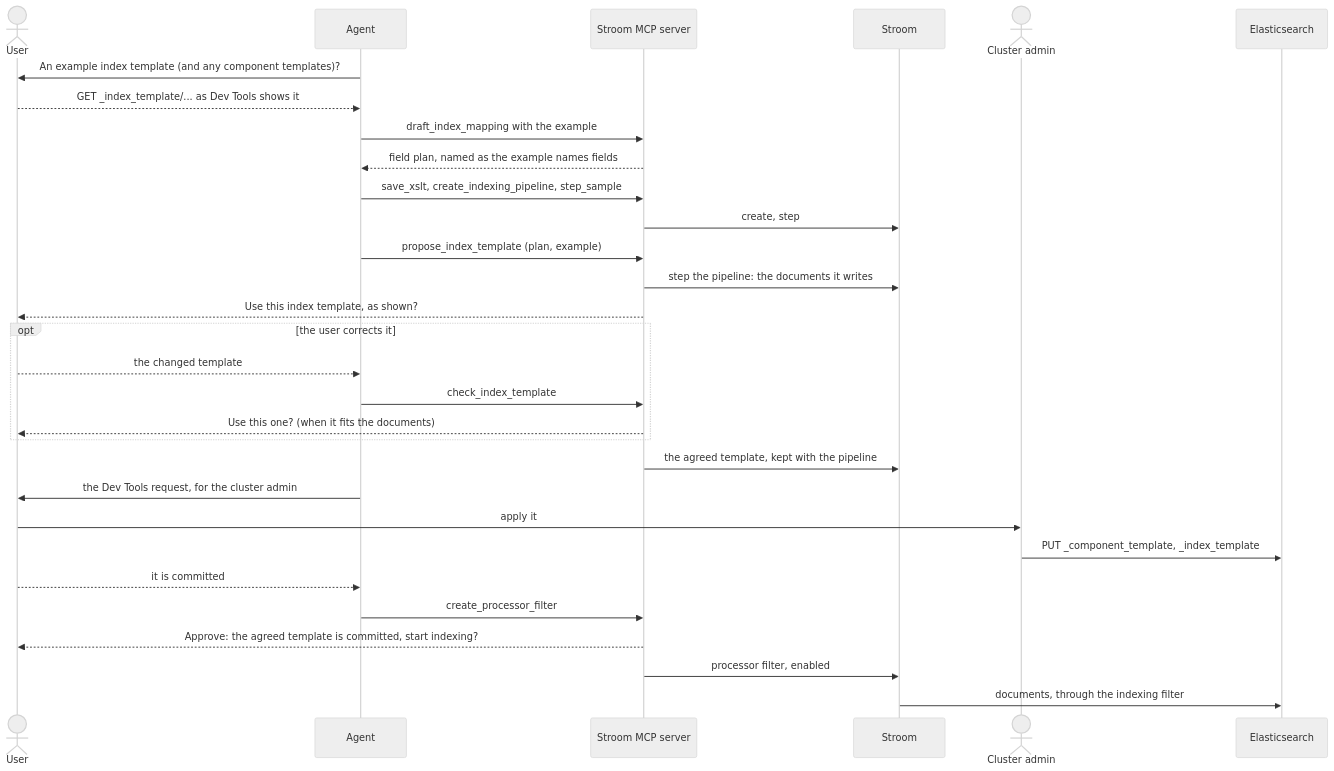
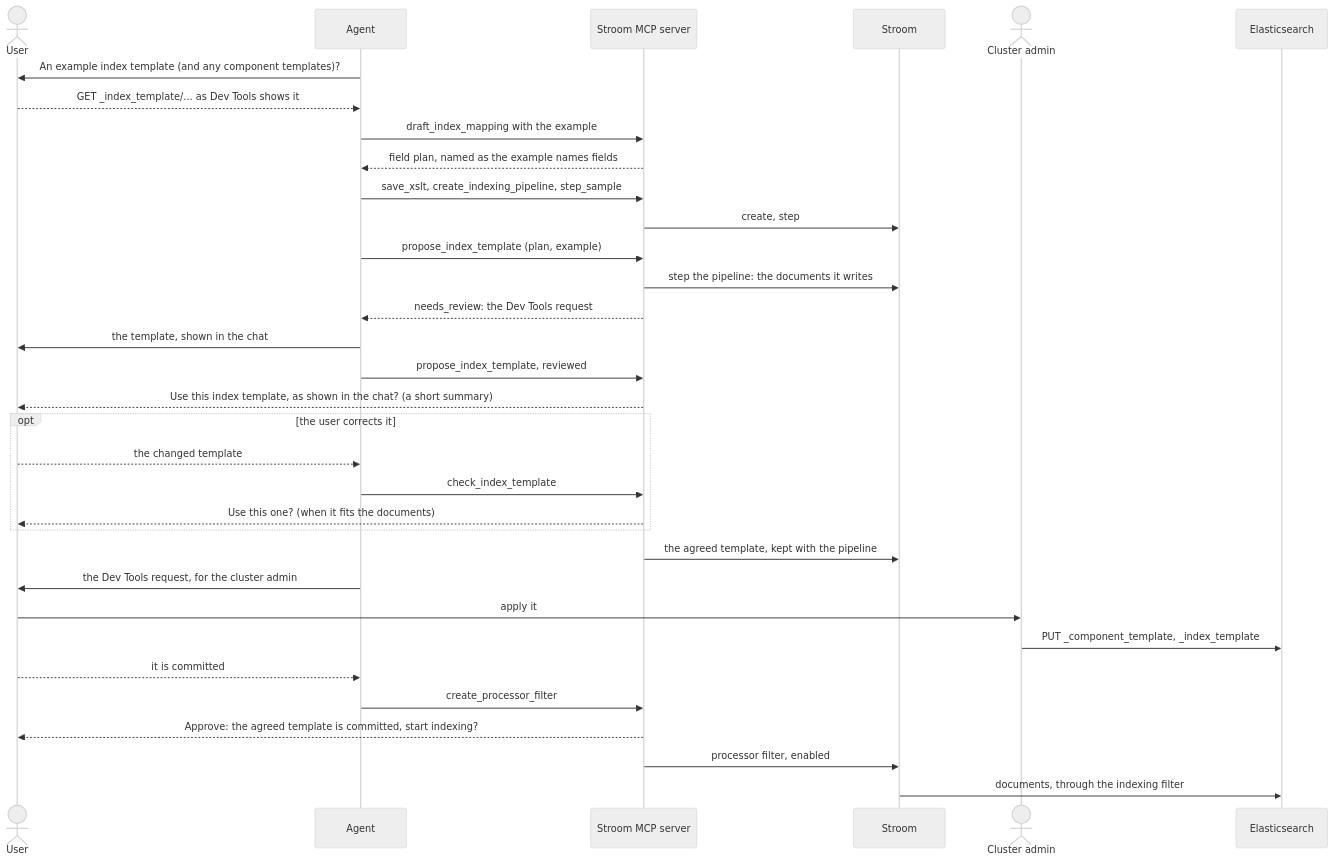
One commit to gradata-systems/stroom-fastmcp-server changed the third of 12 diagrams in docs/DESIGN.md. Above: the diagram before and after it, drawn with Mermaid (neutral theme). The commit also changed other lines of this file and 5 other files, not shown here.

````diff
--- a/docs/DESIGN.md
+++ b/docs/DESIGN.md
@@ -120,32 +122,35 @@
    ```mermaid
    sequenceDiagram
        actor User
        participant Agent
        participant Server as Stroom MCP server
        participant Stroom
        actor Admin as Cluster admin
        participant ES as Elasticsearch
        Agent->>User: An example index template (and any component templates)?
        User-->>Agent: GET _index_template/... as Dev Tools shows it
        Agent->>Server: draft_index_mapping with the example
        Server-->>Agent: field plan, named as the example names fields
        Agent->>Server: save_xslt, create_indexing_pipeline, step_sample
        Server->>Stroom: create, step
        Agent->>Server: propose_index_template (plan, example)
        Server->>Stroom: step the pipeline: the documents it writes
-       Server-->>User: Use this index template, as shown?
+       Server-->>Agent: needs_review: the Dev Tools request
+       Agent->>User: the template, shown in the chat
+       Agent->>Server: propose_index_template, reviewed
+       Server-->>User: Use this index template, as shown in the chat? (a short summary)
        opt the user corrects it
            User-->>Agent: the changed template
            Agent->>Server: check_index_template
            Server-->>User: Use this one? (when it fits the documents)
        end
        Server->>Stroom: the agreed template, kept with the pipeline
        Agent->>User: the Dev Tools request, for the cluster admin
        User->>Admin: apply it
        Admin->>ES: PUT _component_template, _index_template
        User-->>Agent: it is committed
        Agent->>Server: create_processor_filter
        Server-->>User: Approve: the agreed template is committed, start indexing?
        Server->>Stroom: processor filter, enabled
        Stroom->>ES: documents, through the indexing filter
    ```
````
